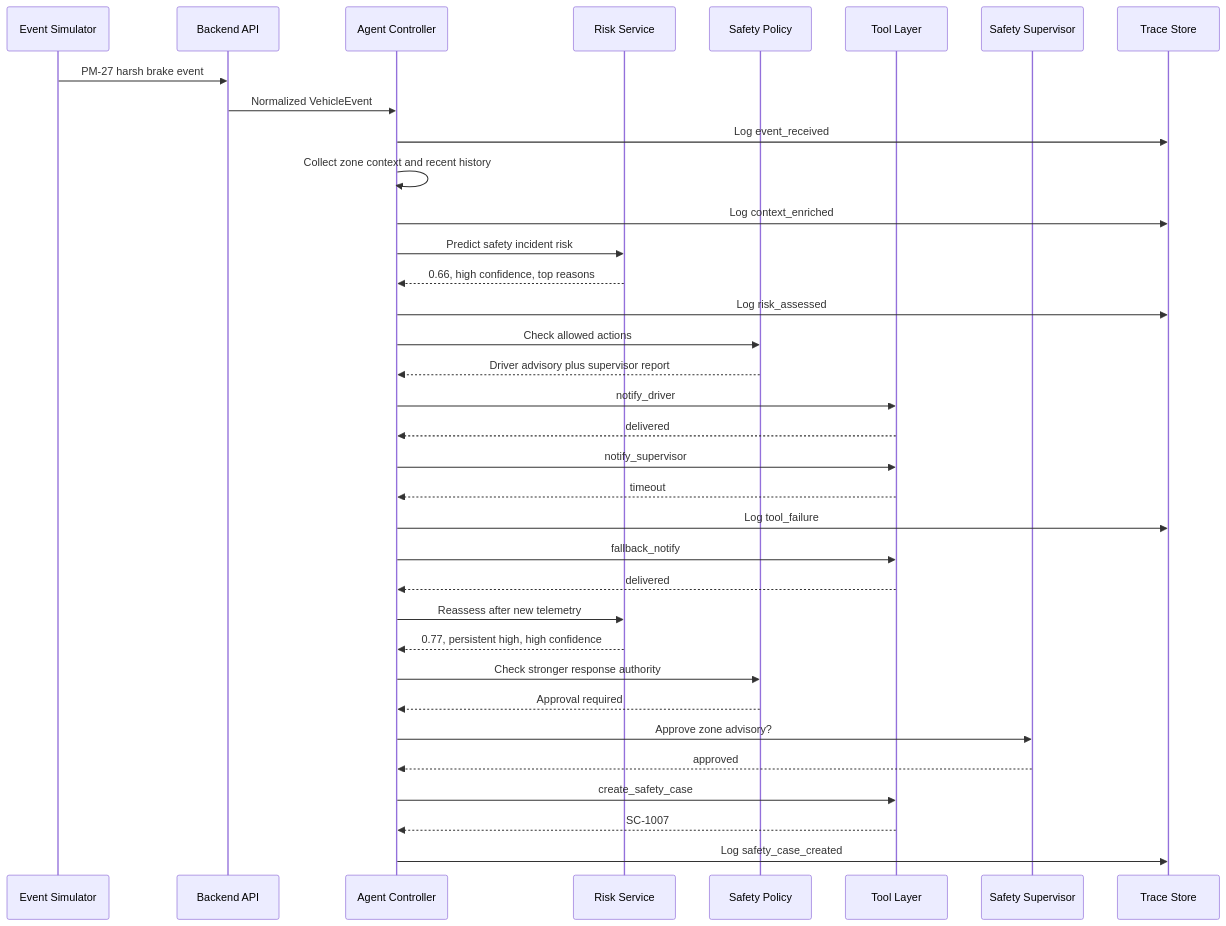
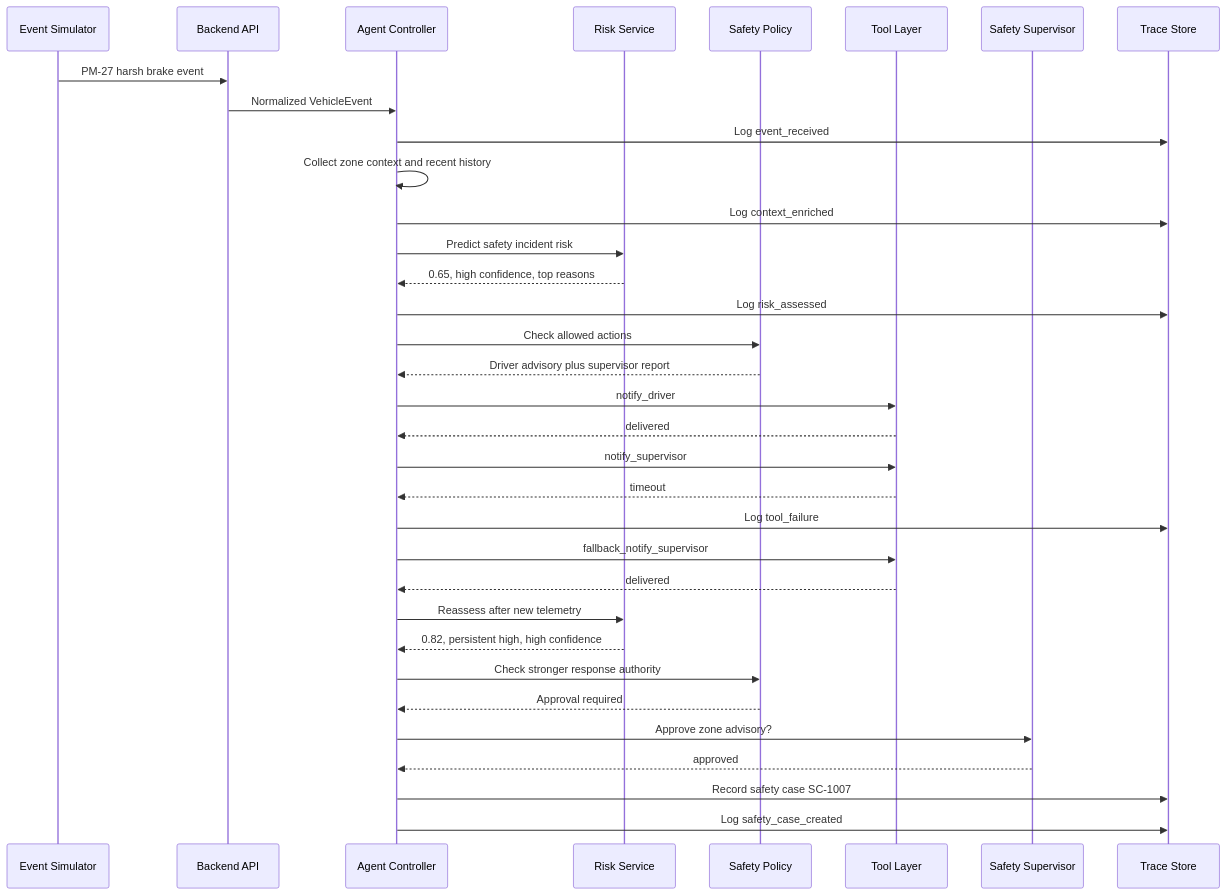
The fifth of 5 diagrams in docs/design.md (juneha1120/nearguard), drawn with Mermaid before and after one commit. The commit also changed other lines of this file and 12 other files, not shown here.

````diff
--- a/docs/design.md
+++ b/docs/design.md
@@ -456,38 +457,37 @@
 ```mermaid
 sequenceDiagram
     participant Sim as Event Simulator
     participant API as Backend API
     participant Agent as Agent Controller
     participant Risk as Risk Service
     participant Policy as Safety Policy
     participant Tools as Tool Layer
     participant Safety as Safety Supervisor
     participant Trace as Trace Store
 
     Sim->>API: PM-27 harsh brake event
     API->>Agent: Normalized VehicleEvent
     Agent->>Trace: Log event_received
     Agent->>Agent: Collect zone context and recent history
     Agent->>Trace: Log context_enriched
     Agent->>Risk: Predict safety incident risk
-    Risk-->>Agent: 0.66, high confidence, top reasons
+    Risk-->>Agent: 0.65, high confidence, top reasons
     Agent->>Trace: Log risk_assessed
     Agent->>Policy: Check allowed actions
     Policy-->>Agent: Driver advisory plus supervisor report
     Agent->>Tools: notify_driver
     Tools-->>Agent: delivered
     Agent->>Tools: notify_supervisor
     Tools-->>Agent: timeout
     Agent->>Trace: Log tool_failure
-    Agent->>Tools: fallback_notify
+    Agent->>Tools: fallback_notify_supervisor
     Tools-->>Agent: delivered
     Agent->>Risk: Reassess after new telemetry
-    Risk-->>Agent: 0.77, persistent high, high confidence
+    Risk-->>Agent: 0.82, persistent high, high confidence
     Agent->>Policy: Check stronger response authority
     Policy-->>Agent: Approval required
     Agent->>Safety: Approve zone advisory?
     Safety-->>Agent: approved
-    Agent->>Tools: create_safety_case
-    Tools-->>Agent: SC-1007
+    Agent->>Trace: Record safety case SC-1007
     Agent->>Trace: Log safety_case_created
 ```
````
